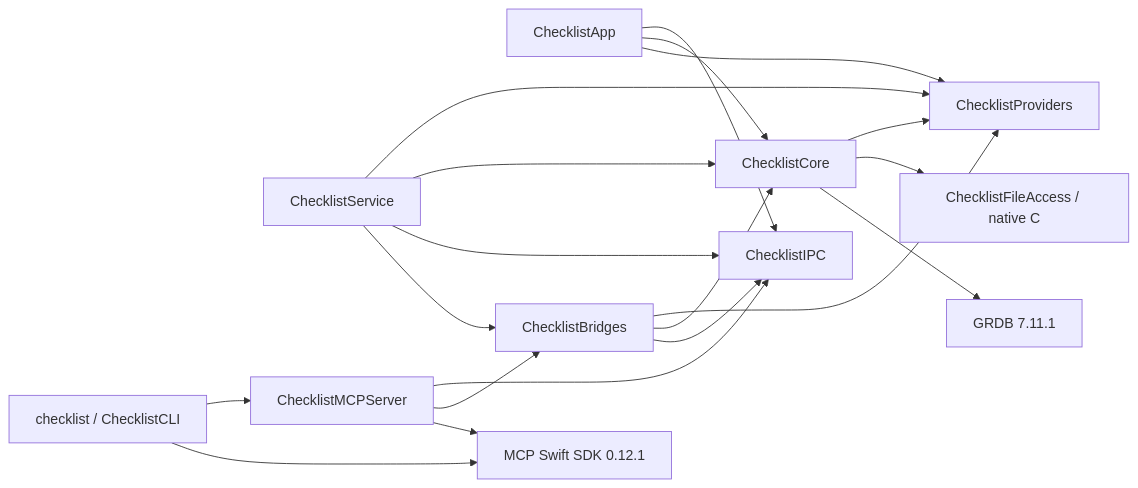
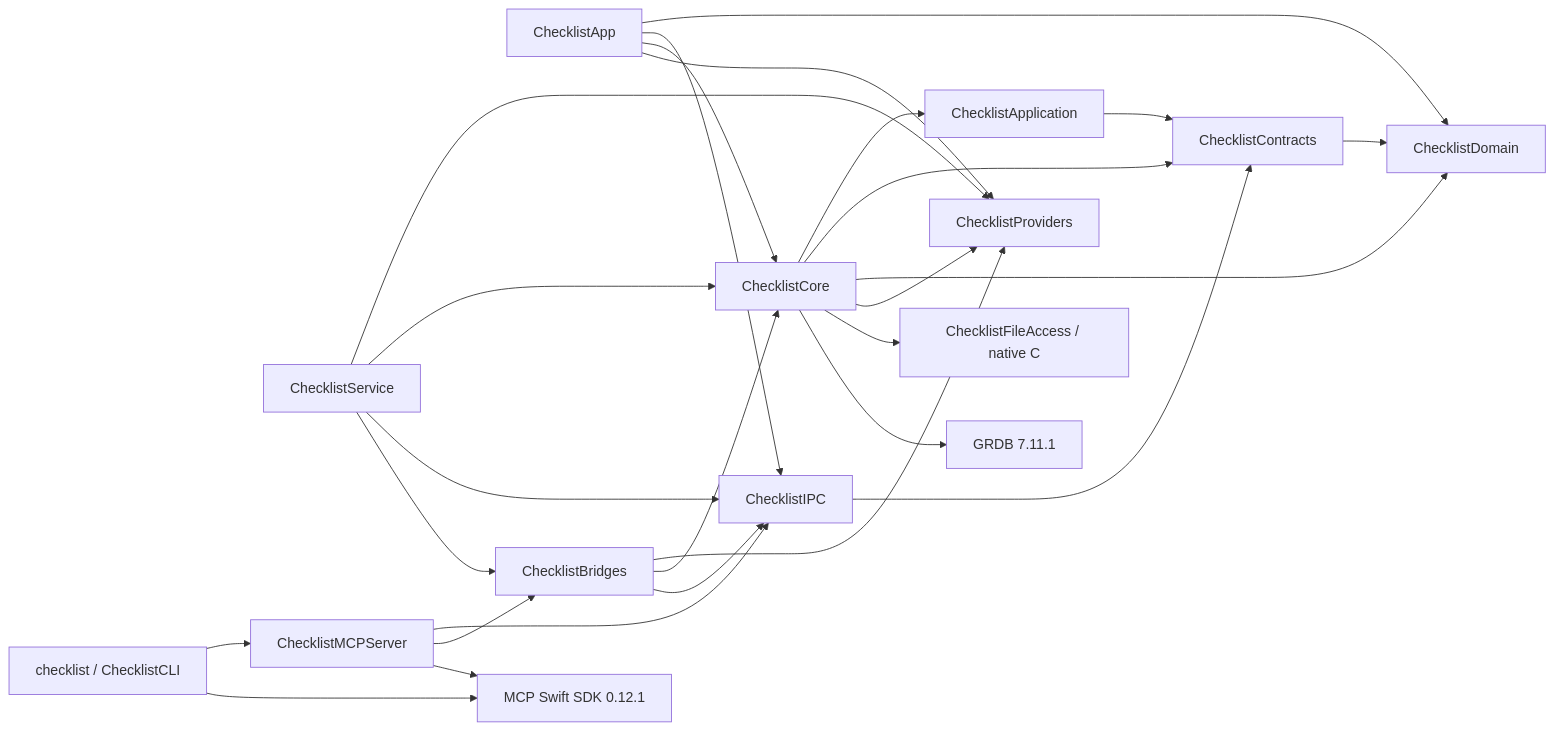
One commit to chrisbrine/checklist changed the diagram in docs/monorepo-workspace.md. Above: the diagram before and after it, drawn with Mermaid. The commit also changed other lines of this file and 99 other files, not shown here.

````diff
--- a/docs/monorepo-workspace.md
+++ b/docs/monorepo-workspace.md
@@ -7,22 +9,29 @@
 ```mermaid
 graph LR
+  Core --> Application[ChecklistApplication]
+  Application --> Contracts[ChecklistContracts]
+  Contracts --> Domain[ChecklistDomain]
+  Core --> Contracts
+  Core --> Domain
+  App --> Domain
+  IPC --> Contracts
   App[ChecklistApp] --> IPC[ChecklistIPC]
   App --> Core[ChecklistCore]
   App --> Providers[ChecklistProviders]
   Core --> Providers
   Core --> FileAccess[ChecklistFileAccess / native C]
   Bridges --> Providers
   Service --> Providers
   Service[ChecklistService] --> Core[ChecklistCore]
   Service --> IPC
   Service --> Bridges[ChecklistBridges]
   CLI[checklist / ChecklistCLI] --> MCPServer[ChecklistMCPServer]
   CLI --> MCP[MCP Swift SDK 0.12.1]
   Bridges --> Core
 
   MCPServer --> IPC
   MCPServer --> Bridges
   MCPServer --> MCP
   Bridges --> IPC
   Core --> GRDB[GRDB 7.11.1]
 ```
````
